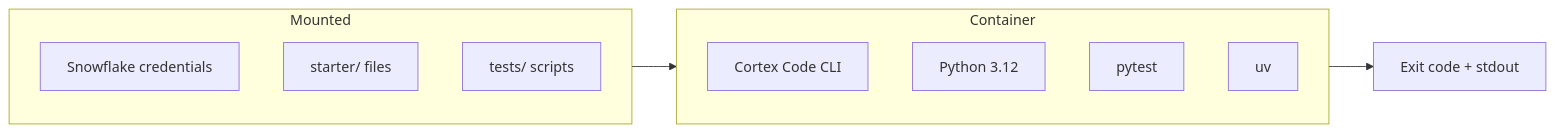
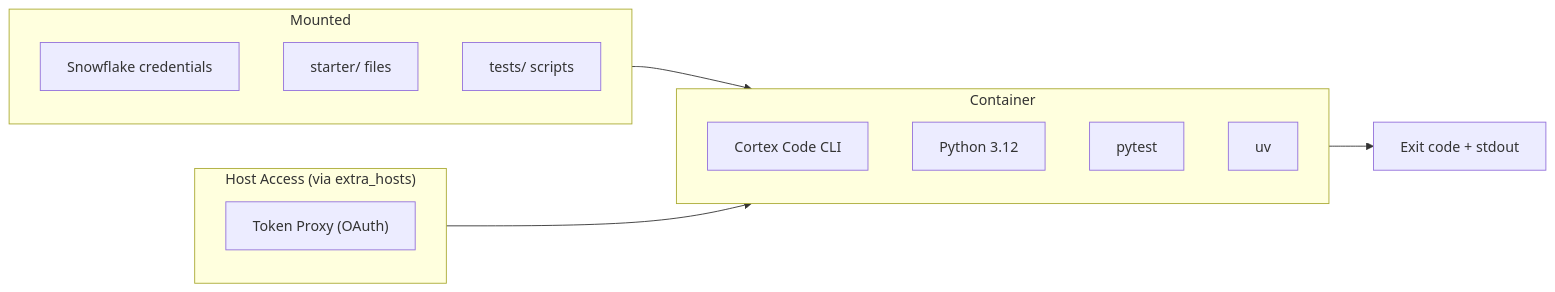
The third of 5 diagrams in docs/architecture.md (kameshsampath/inspect-coco), drawn with Mermaid before and after one commit. The commit also changed other lines of this file and 41 other files, not shown here.

First line of the commit message:
feat: add OAuth token proxy with keyring storage and host-process architecture (#2)

````diff
--- a/docs/architecture.md
+++ b/docs/architecture.md
@@ -57,20 +76,26 @@
 ```mermaid
 flowchart LR
     subgraph Container
         direction TB
         CoCo[Cortex Code CLI]
         Py[Python 3.12]
         Pytest[pytest]
         UV[uv]
     end
 
+    subgraph HostAccess ["Host Access (via extra_hosts)"]
+        direction TB
+        TokenProxy["Token Proxy (OAuth)"]
+    end
+
     subgraph Mounted
         direction TB
         Creds[Snowflake credentials]
         Starter[starter/ files]
         Tests[tests/ scripts]
     end
 
     Mounted --> Container
+    HostAccess --> Container
     Container --> Result[Exit code + stdout]
 ```
````
